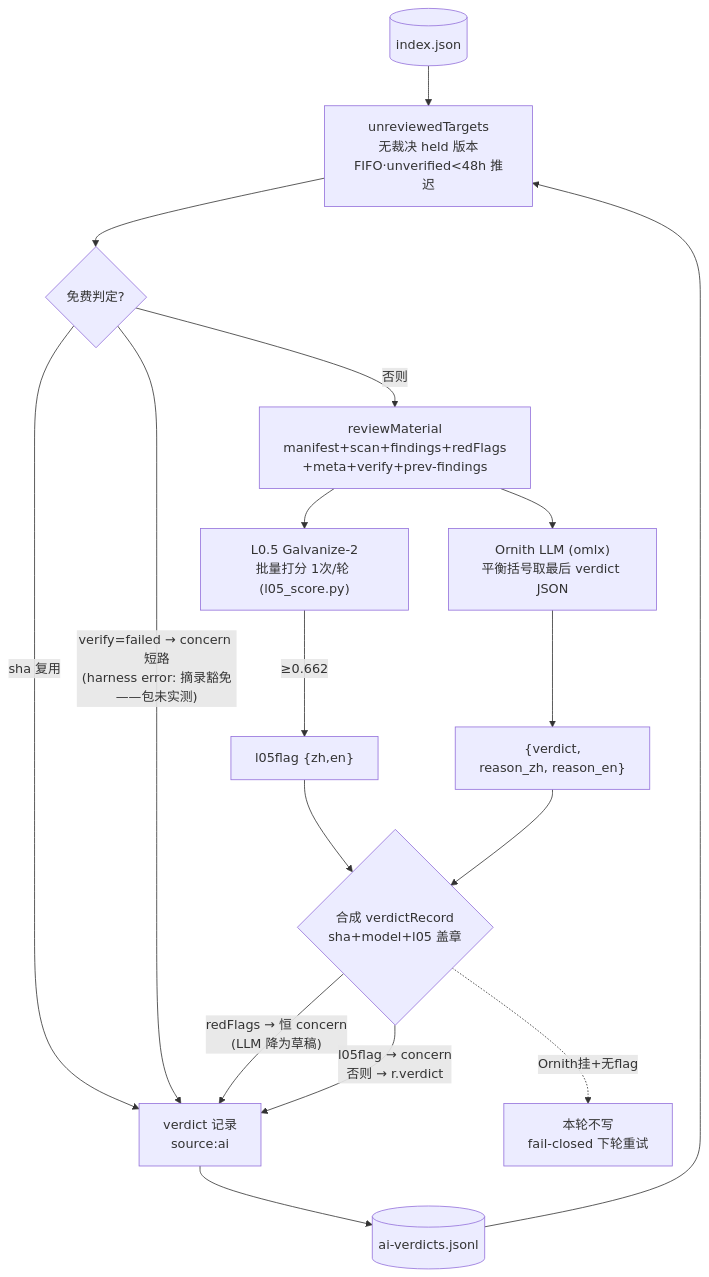
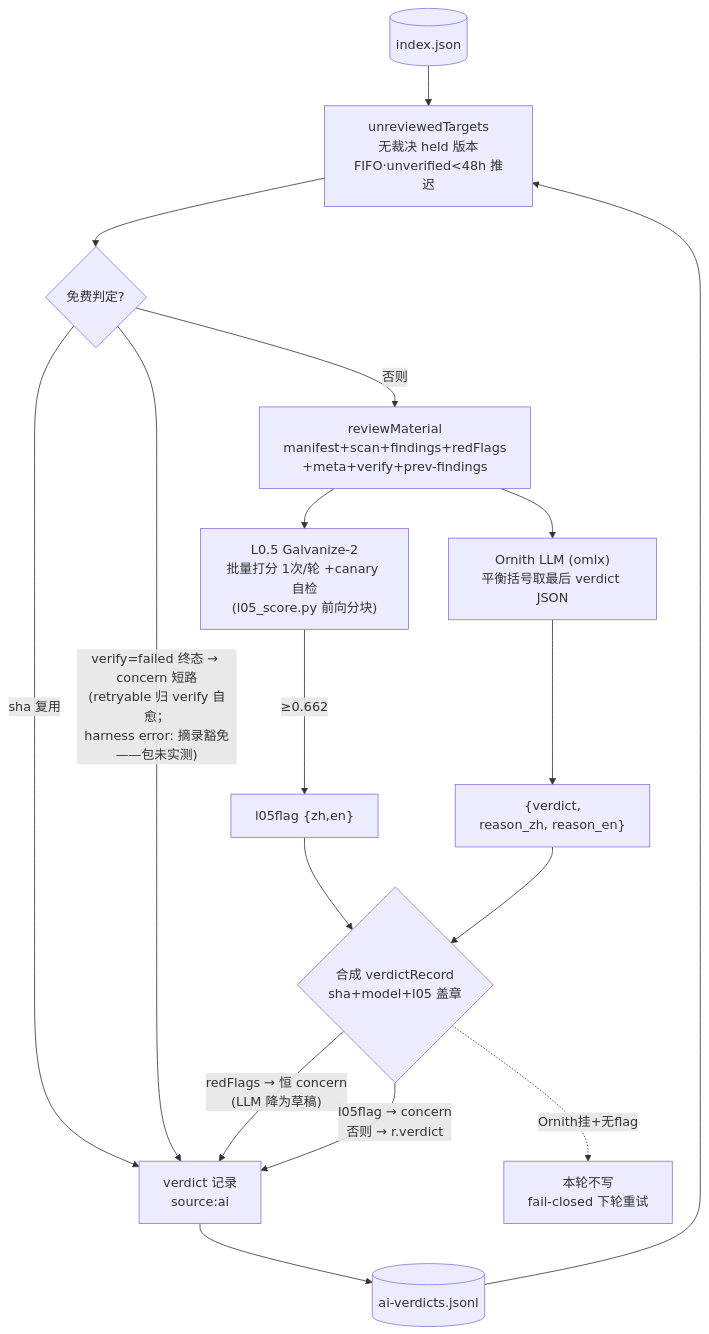
One commit to awesome-market/awesome-opencode-market changed the fifth of 11 diagrams in docs/DATA-FLOWS.md. Above: the diagram before and after it, drawn with Mermaid. The commit also changed other lines of this file and 13 other files, not shown here.

````diff
--- a/docs/DATA-FLOWS.md
+++ b/docs/DATA-FLOWS.md
@@ -652,18 +652,18 @@
 ```mermaid
 flowchart TB
   IDX[("index.json")] --> UT["unreviewedTargets<br/>无裁决 held 版本<br/>FIFO·unverified<48h 推迟"]
   VJ[("ai-verdicts.jsonl")] --> UT
   UT --> GATE{"免费判定?"}
   GATE -->|"sha 复用"| REC
-  GATE -->|"verify=failed → concern 短路<br/>(harness error: 摘录豁免——包未实测)"| REC
+  GATE -->|"verify=failed 终态 → concern 短路<br/>(retryable 归 verify 自愈；<br/>harness error: 摘录豁免——包未实测)"| REC
   GATE -->|"否则"| RM["reviewMaterial<br/>manifest+scan+findings+redFlags<br/>+meta+verify+prev-findings"]
-  RM --> L05["L0.5 Galvanize-2<br/>批量打分 1次/轮 (l05_score.py)"]
+  RM --> L05["L0.5 Galvanize-2<br/>批量打分 1次/轮 +canary 自检<br/>(l05_score.py 前向分块)"]
   RM --> OR["Ornith LLM (omlx)<br/>平衡括号取最后 verdict JSON"]
   L05 -->|"≥0.662"| FLG["l05flag {zh,en}"]
   OR --> RESP["{verdict,<br/>reason_zh, reason_en}"]
   FLG & RESP --> CMP{"合成 verdictRecord<br/>sha+model+l05 盖章"}
   CMP -->|"redFlags → 恒 concern<br/>(LLM 降为草稿)"| REC["verdict 记录<br/>source:ai"]
   CMP -->|"l05flag → concern<br/>否则 → r.verdict"| REC
   CMP -.->|"Ornith挂+无flag"| SKIP["本轮不写<br/>fail-closed 下轮重试"]
   REC --> VJ
 ```
````
